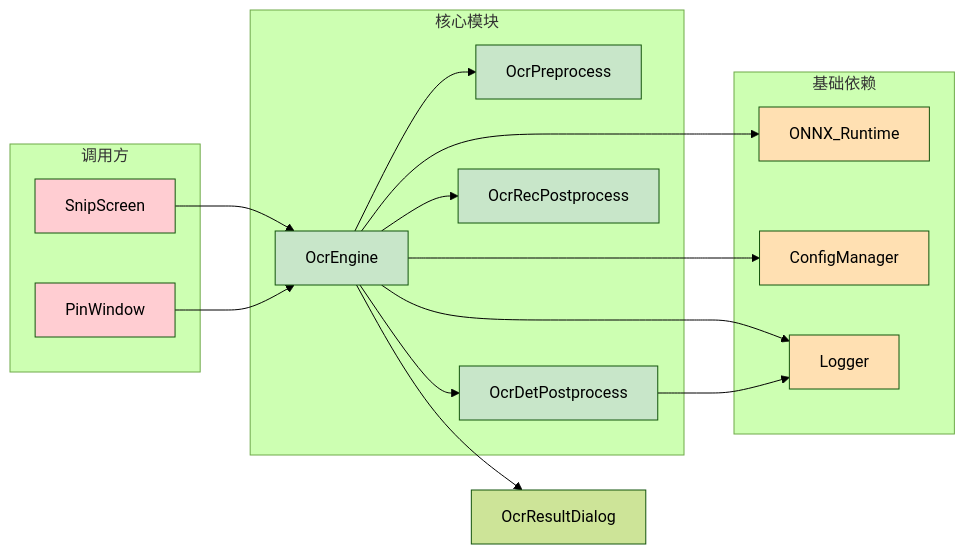
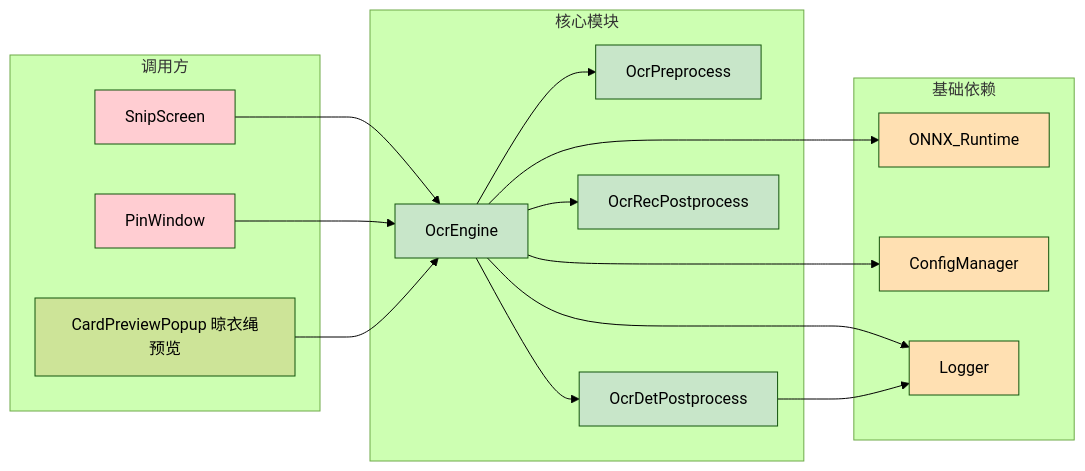
One commit to ChiangyangNPU/quick-shot changed the second of 11 diagrams in docs/ocr.md. Above: the diagram before and after it, drawn with Mermaid (forest theme). The commit also changed other lines of this file and 7 other files, not shown here.

````diff
--- a/docs/ocr.md
+++ b/docs/ocr.md
@@ -95,41 +96,42 @@
 ```mermaid
 graph LR
     subgraph 调用方
         SnipScreen
         PinWindow
+        CardPreviewPopup[CardPreviewPopup 晾衣绳预览]
     end
 
     subgraph 核心模块
         OcrEngine
         OcrPreprocess
         OcrDetPostprocess
         OcrRecPostprocess
     end
 
     subgraph 基础依赖
         ONNX_Runtime
         ConfigManager
         Logger
     end
 
     SnipScreen --> OcrEngine
     PinWindow --> OcrEngine
+    CardPreviewPopup --> OcrEngine
     OcrEngine --> OcrPreprocess
     OcrEngine --> OcrDetPostprocess
     OcrEngine --> OcrRecPostprocess
     OcrEngine --> ONNX_Runtime
     OcrEngine --> ConfigManager
     OcrEngine --> Logger
     OcrDetPostprocess --> Logger
-    OcrEngine --> OcrResultDialog
 
     style SnipScreen fill:#ffcdd2
     style PinWindow fill:#ffcdd2
     style OcrEngine fill:#c8e6c9
     style OcrPreprocess fill:#c8e6c9
     style OcrDetPostprocess fill:#c8e6c9
     style OcrRecPostprocess fill:#c8e6c9
     style ONNX_Runtime fill:#ffe0b2
     style ConfigManager fill:#ffe0b2
     style Logger fill:#ffe0b2
 ```
````
